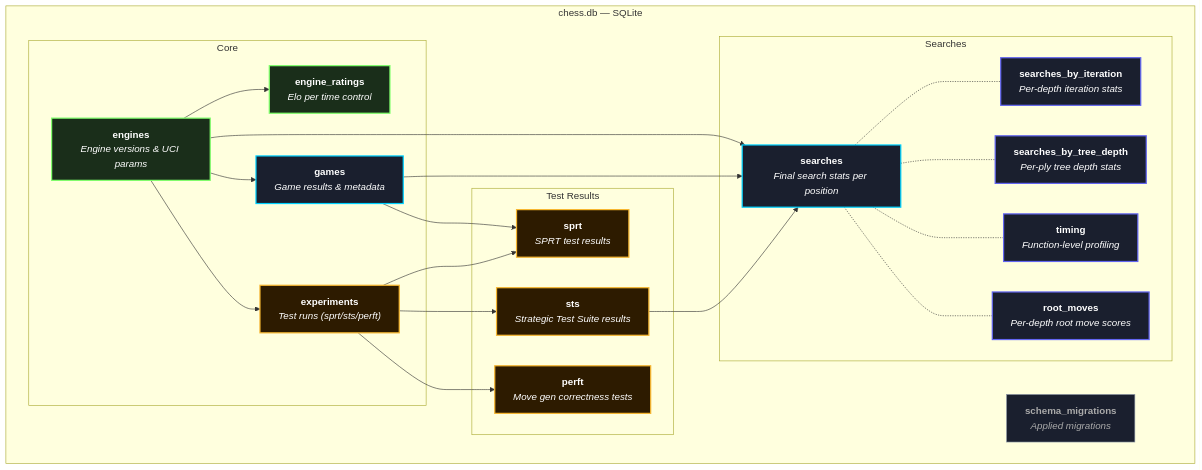
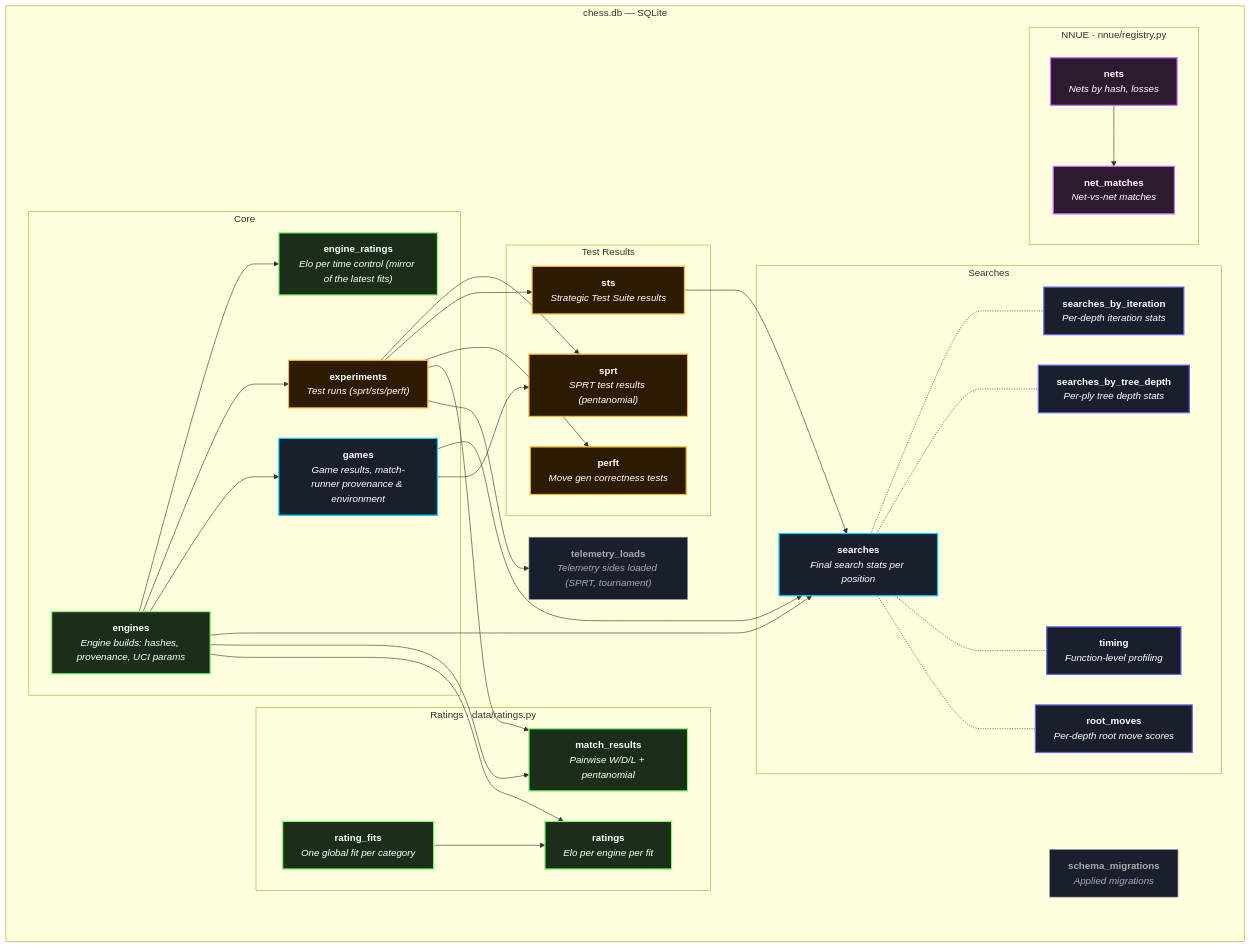
The first of 2 diagrams in docs/databases.md (maxolek/san-jacinto), drawn with Mermaid before and after one commit. The commit also changed other lines of this file and 67 other files, not shown here.

````diff
--- a/docs/databases.md
+++ b/docs/databases.md
@@ -7,10 +7,10 @@
     subgraph Raw["chess.db — SQLite"]
 
         subgraph Core["Core"]
-            ENG["<b>engines</b><br/><i>Engine versions & UCI params</i>"]
-            RAT["<b>engine_ratings</b><br/><i>Elo per time control</i>"]
+            ENG["<b>engines</b><br/><i>Engine builds: hashes, provenance, UCI params</i>"]
+            RAT["<b>engine_ratings</b><br/><i>Elo per time control (mirror of the latest fits)</i>"]
             EXP["<b>experiments</b><br/><i>Test runs (sprt/sts/perft)</i>"]
-            GAM["<b>games</b><br/><i>Game results & metadata</i>"]
+            GAM["<b>games</b><br/><i>Game results, match-runner provenance & environment</i>"]
         end
 
         subgraph SearchLayer["Searches"]
@@ -22,12 +22,24 @@
         end
 
         subgraph Tests["Test Results"]
-            SPRT["<b>sprt</b><br/><i>SPRT test results</i>"]
+            SPRT["<b>sprt</b><br/><i>SPRT test results (pentanomial)</i>"]
             STS["<b>sts</b><br/><i>Strategic Test Suite results</i>"]
             PERFT["<b>perft</b><br/><i>Move gen correctness tests</i>"]
         end
 
+        subgraph Ratings["Ratings · data/ratings.py"]
+            MR["<b>match_results</b><br/><i>Pairwise W/D/L + pentanomial</i>"]
+            RF["<b>rating_fits</b><br/><i>One global fit per category</i>"]
+            RTG["<b>ratings</b><br/><i>Elo per engine per fit</i>"]
+        end
+
+        subgraph Nets["NNUE · nnue/registry.py"]
+            NET["<b>nets</b><br/><i>Nets by hash, losses</i>"]
+            NM["<b>net_matches</b><br/><i>Net-vs-net matches</i>"]
+        end
+
         MIG["<b>schema_migrations</b><br/><i>Applied migrations</i>"]
+        TL["<b>telemetry_loads</b><br/><i>Telemetry sides loaded (SPRT, tournament)</i>"]
 
         ENG --> RAT
         ENG --> EXP
@@ -40,6 +52,12 @@
         EXP --> SPRT
         EXP --> STS
         EXP --> PERFT
+        EXP --> MR
+        EXP --> TL
+        ENG --> MR
+        RF --> RTG
+        ENG --> RTG
+        NET --> NM
 
         SEA -..- SBI
         SEA -..- SBT
@@ -55,9 +73,15 @@
     style STS fill:#2d1b00,stroke:#f7b731,stroke-width:2px,color:#fff
     style PERFT fill:#2d1b00,stroke:#f7b731,stroke-width:2px,color:#fff
     style RAT fill:#1a2e1a,stroke:#7fff6b,stroke-width:2px,color:#fff
+    style MR fill:#1a2e1a,stroke:#7fff6b,stroke-width:2px,color:#fff
+    style RF fill:#1a2e1a,stroke:#7fff6b,stroke-width:2px,color:#fff
+    style RTG fill:#1a2e1a,stroke:#7fff6b,stroke-width:2px,color:#fff
+    style NET fill:#2e1a2e,stroke:#d36bff,stroke-width:2px,color:#fff
+    style NM fill:#2e1a2e,stroke:#d36bff,stroke-width:2px,color:#fff
     style SBI fill:#1a1f2e,stroke:#6366f1,stroke-width:2px,color:#fff
     style SBT fill:#1a1f2e,stroke:#6366f1,stroke-width:2px,color:#fff
     style TIM fill:#1a1f2e,stroke:#6366f1,stroke-width:2px,color:#fff
     style RM fill:#1a1f2e,stroke:#6366f1,stroke-width:2px,color:#fff
     style MIG fill:#1a1f2e,stroke:#8892a4,stroke-width:1px,color:#aaa
+    style TL fill:#1a1f2e,stroke:#8892a4,stroke-width:1px,color:#aaa
 ```
````
